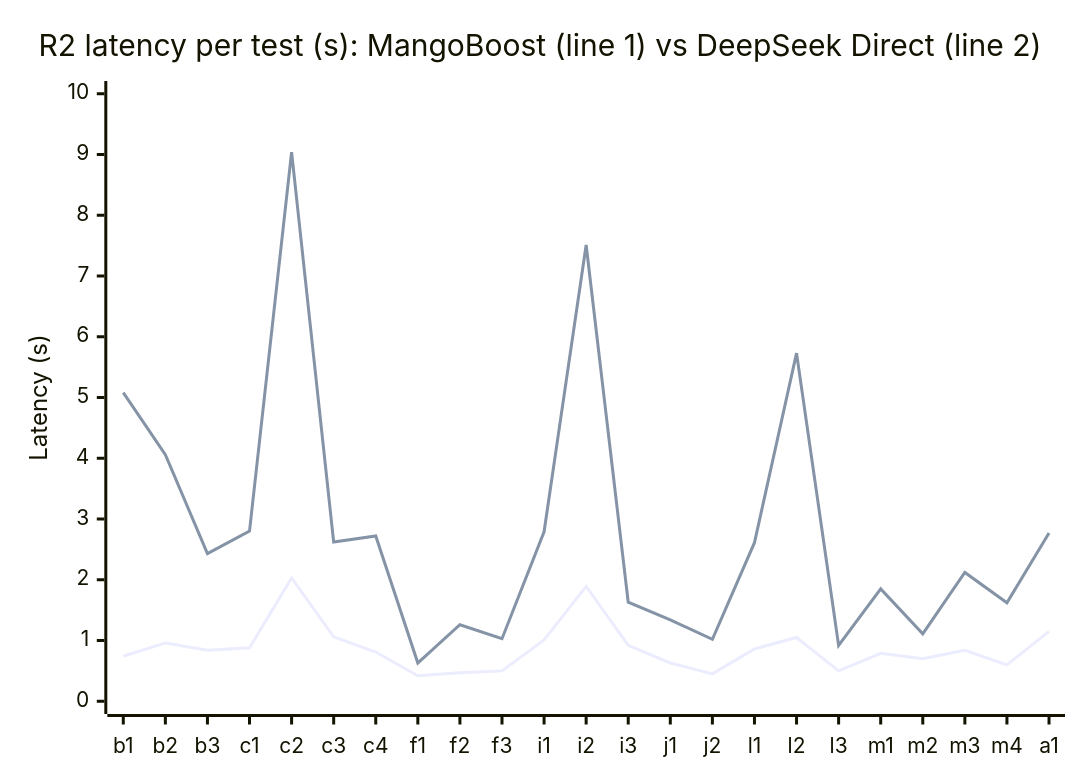
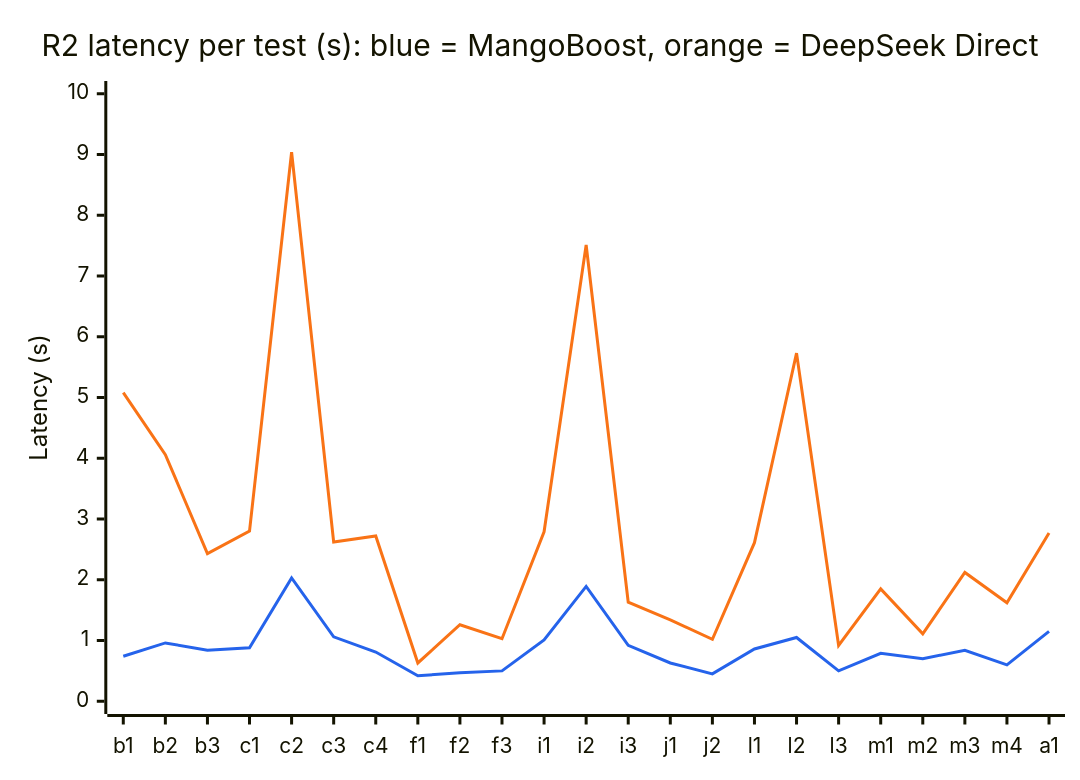
The second of 6 diagrams in mango-vs-deepseek.md (balxor/dev-null), drawn with Mermaid before and after one commit. The commit also changed other lines of this file, not shown here.

````diff
--- a/mango-vs-deepseek.md
+++ b/mango-vs-deepseek.md
@@ -72,8 +80,9 @@
 ```mermaid
+%%{init: {"themeVariables": {"xyChart": {"plotColorPalette": "#2563eb, #f97316"}}}}%%
 xychart-beta
-    title "R2 latency per test (s): MangoBoost (line 1) vs DeepSeek Direct (line 2)"
+    title "R2 latency per test (s): blue = MangoBoost, orange = DeepSeek Direct"
     x-axis [b1, b2, b3, c1, c2, c3, c4, f1, f2, f3, i1, i2, i3, j1, j2, l1, l2, l3, m1, m2, m3, m4, a1]
     y-axis "Latency (s)" 0 --> 10
     line [0.74, 0.96, 0.84, 0.88, 2.03, 1.06, 0.81, 0.42, 0.47, 0.50, 1.01, 1.89, 0.92, 0.63, 0.45, 0.86, 1.05, 0.50, 0.79, 0.70, 0.84, 0.60, 1.15]
     line [5.08, 4.06, 2.43, 2.80, 9.04, 2.62, 2.72, 0.63, 1.26, 1.03, 2.79, 7.51, 1.63, 1.34, 1.02, 2.61, 5.73, 0.92, 1.85, 1.11, 2.12, 1.62, 2.77]
 ```
````
